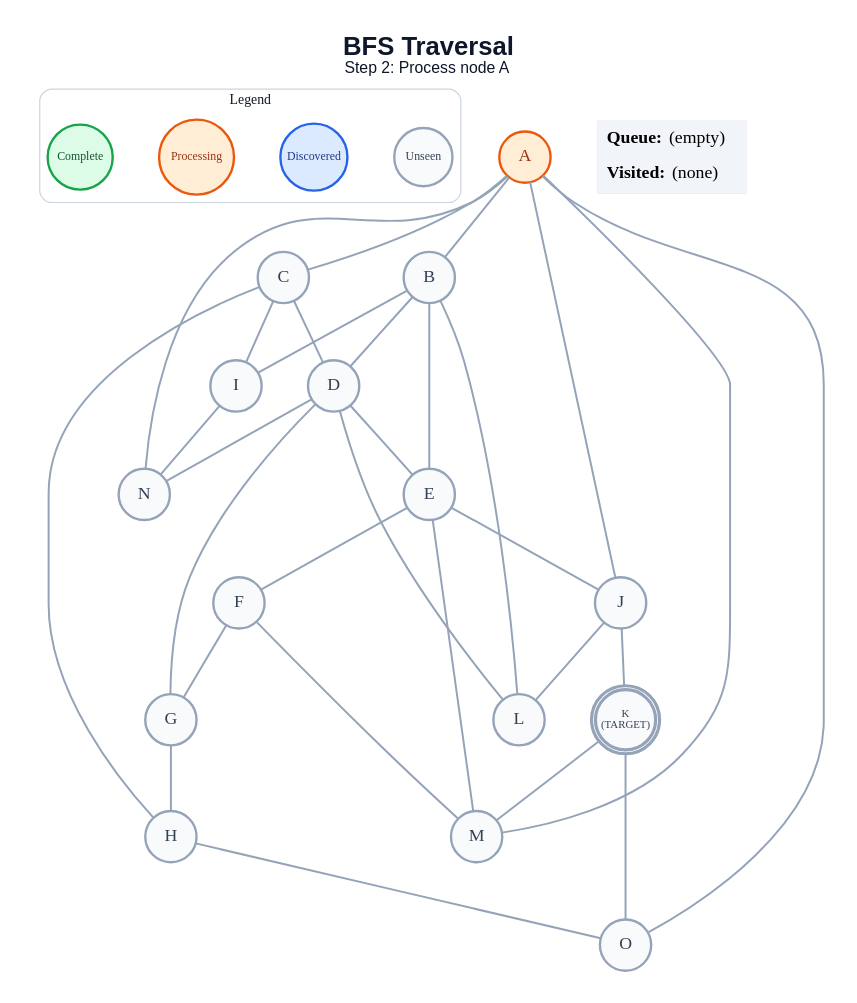
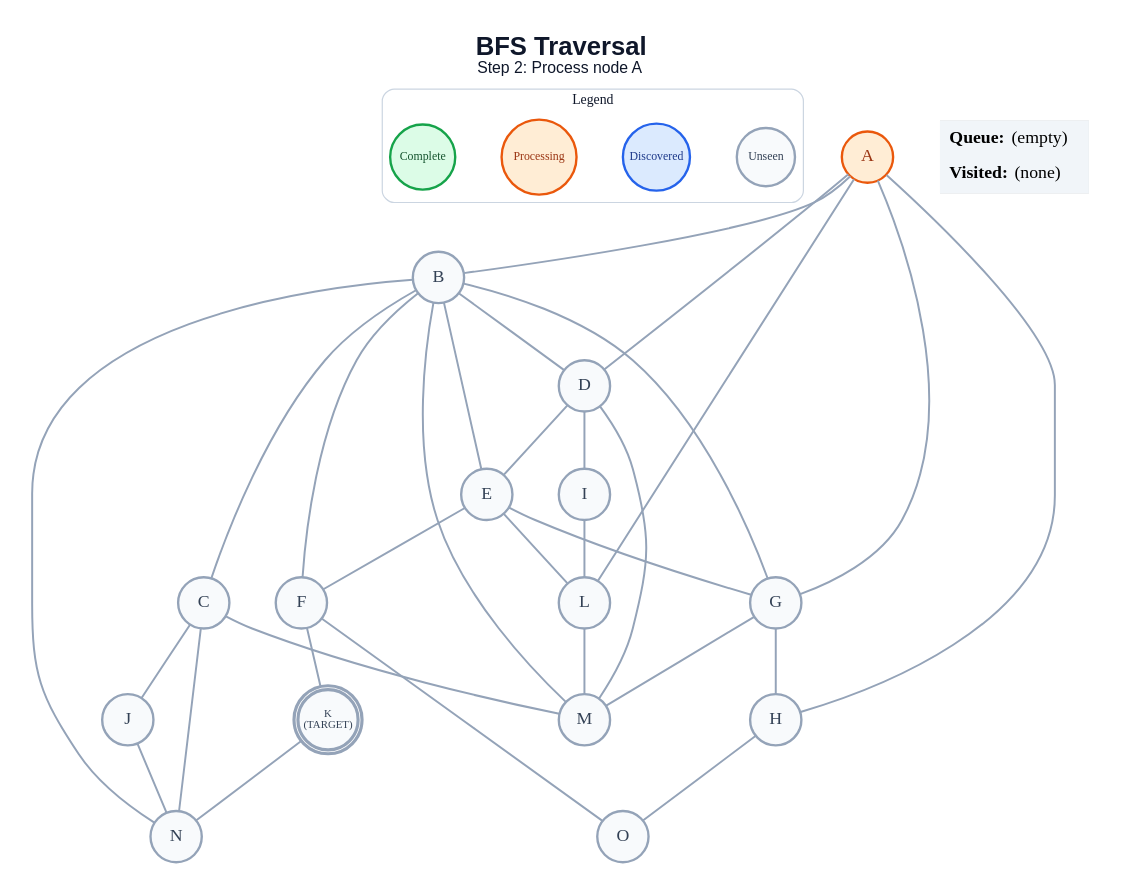
Before and after one commit to anon7238593-create/ai-slop: the diagram in generated/bfs/step_02.dot, drawn with Graphviz. The commit also changed 328 other files, not shown here.

```diff
--- a/generated/bfs/step_02.dot
+++ b/generated/bfs/step_02.dot
@@ -1,63 +1,64 @@
 graph traversal {
   graph [layout=dot, rankdir=TB, bgcolor="#FFFFFF", pad="0.35", nodesep="0.65", ranksep="0.8", fontname="Arial"];
   node [shape=circle, style="filled", fontname="Arial Bold", fontsize=18, width=0.72, fixedsize=true, penwidth=2.4];
   edge [color="#94A3B8", penwidth=2.0];
   label=<<B>BFS Traversal</B><BR/><FONT POINT-SIZE="16">Step 2: Process node A</FONT>>; labelloc="t"; fontsize=26; fontname="Arial"; fontcolor="#0F172A";
   subgraph cluster_legend { label="Legend"; color="#CBD5E1"; penwidth=1.2; style="rounded"; fontsize=14; fontname="Arial Bold";
     key_unseen [label="Unseen", fillcolor="#F8FAFC", color="#94A3B8", fontcolor="#334155", fontsize=12, width=0.82];
     key_frontier [label="Discovered", fillcolor="#DBEAFE", color="#2563EB", fontcolor="#1E3A8A", fontsize=12, width=0.95];
     key_current [label="Processing", fillcolor="#FFEDD5", color="#EA580C", fontcolor="#9A3412", fontsize=12, width=1.05];
     key_done [label="Complete", fillcolor="#DCFCE7", color="#16A34A", fontcolor="#14532D", fontsize=12, width=0.92];
     { rank=same; key_unseen; key_frontier; key_current; key_done; }
   }
   A [label="A", fillcolor="#FFEDD5", color="#EA580C", fontcolor="#9A3412", peripheries=1, penwidth=2.4];
   B [label="B", fillcolor="#F8FAFC", color="#94A3B8", fontcolor="#334155", peripheries=1, penwidth=2.4];
   C [label="C", fillcolor="#F8FAFC", color="#94A3B8", fontcolor="#334155", peripheries=1, penwidth=2.4];
   D [label="D", fillcolor="#F8FAFC", color="#94A3B8", fontcolor="#334155", peripheries=1, penwidth=2.4];
   E [label="E", fillcolor="#F8FAFC", color="#94A3B8", fontcolor="#334155", peripheries=1, penwidth=2.4];
   F [label="F", fillcolor="#F8FAFC", color="#94A3B8", fontcolor="#334155", peripheries=1, penwidth=2.4];
   G [label="G", fillcolor="#F8FAFC", color="#94A3B8", fontcolor="#334155", peripheries=1, penwidth=2.4];
   H [label="H", fillcolor="#F8FAFC", color="#94A3B8", fontcolor="#334155", peripheries=1, penwidth=2.4];
   I [label="I", fillcolor="#F8FAFC", color="#94A3B8", fontcolor="#334155", peripheries=1, penwidth=2.4];
   J [label="J", fillcolor="#F8FAFC", color="#94A3B8", fontcolor="#334155", peripheries=1, penwidth=2.4];
   K [label="K\n(TARGET)", fillcolor="#F8FAFC", color="#94A3B8", fontcolor="#334155", peripheries=2, penwidth=3.2, fontsize=11, width=0.85, height=0.85];
   L [label="L", fillcolor="#F8FAFC", color="#94A3B8", fontcolor="#334155", peripheries=1, penwidth=2.4];
   M [label="M", fillcolor="#F8FAFC", color="#94A3B8", fontcolor="#334155", peripheries=1, penwidth=2.4];
   N [label="N", fillcolor="#F8FAFC", color="#94A3B8", fontcolor="#334155", peripheries=1, penwidth=2.4];
   O [label="O", fillcolor="#F8FAFC", color="#94A3B8", fontcolor="#334155", peripheries=1, penwidth=2.4];
   A -- B;
-  A -- C;
-  A -- J;
-  A -- M;
-  A -- N;
-  A -- O;
+  A -- D;
+  A -- G;
+  A -- H;
+  A -- L;
+  B -- C;
   B -- D;
   B -- E;
-  B -- I;
-  B -- L;
-  C -- D;
-  C -- H;
-  C -- I;
+  B -- F;
+  B -- G;
+  B -- M;
+  B -- N;
+  C -- J;
+  C -- M;
+  C -- N;
   D -- E;
-  D -- G;
-  D -- L;
-  D -- N;
+  D -- I;
+  D -- M;
   E -- F;
-  E -- J;
-  E -- M;
-  F -- G;
-  F -- M;
+  E -- G;
+  E -- L;
+  F -- K;
+  F -- O;
   G -- H;
+  G -- M;
   H -- O;
-  I -- N;
-  J -- K;
-  J -- L;
-  K -- M;
-  K -- O;
+  I -- L;
+  J -- N;
+  K -- N;
+  L -- M;
   status [shape=plain, fixedsize=false, width=0, height=0, margin=0, label=<
     <TABLE BORDER="0" CELLBORDER="0" CELLPADDING="7" BGCOLOR="#F1F5F9">
       <TR><TD ALIGN="LEFT"><B>Queue:</B> (empty)</TD></TR>
       <TR><TD ALIGN="LEFT"><B>Visited:</B> (none)</TD></TR>
     </TABLE>
   >];
 }
```
